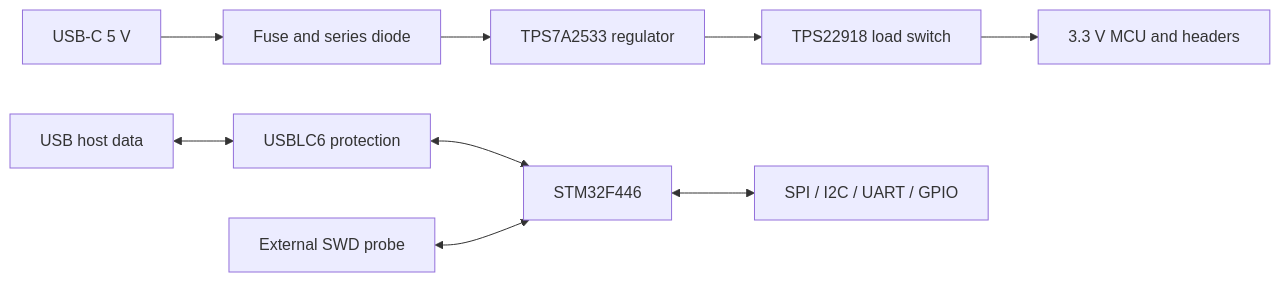
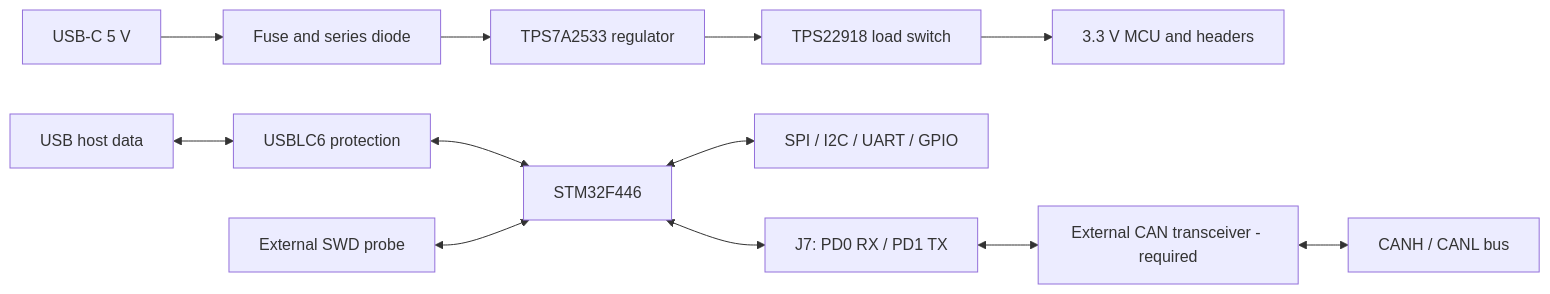
The diagram in README.md (ackom-a-o/stm32f446-development-board), drawn with Mermaid before and after one commit. The commit also changed other lines of this file, not shown here.

Commit message:
Document CAN expansion and required external transceiver

````diff
--- a/README.md
+++ b/README.md
@@ -27,11 +28,14 @@
 ```mermaid
 flowchart LR
     USB[USB-C 5 V] --> Protection[Fuse and series diode]
     Protection --> LDO[TPS7A2533 regulator]
     LDO --> Switch[TPS22918 load switch]
     Switch --> Rail[3.3 V MCU and headers]
     Host[USB host data] <--> ESD[USBLC6 protection]
     ESD <--> MCU[STM32F446]
     Probe[External SWD probe] <--> MCU
     MCU <--> IO[SPI / I2C / UART / GPIO]
+    MCU <--> CANHeader[J7: PD0 RX / PD1 TX]
+    CANHeader <--> Transceiver[External CAN transceiver - required]
+    Transceiver <--> CANBus[CANH / CANL bus]
 ```
````
